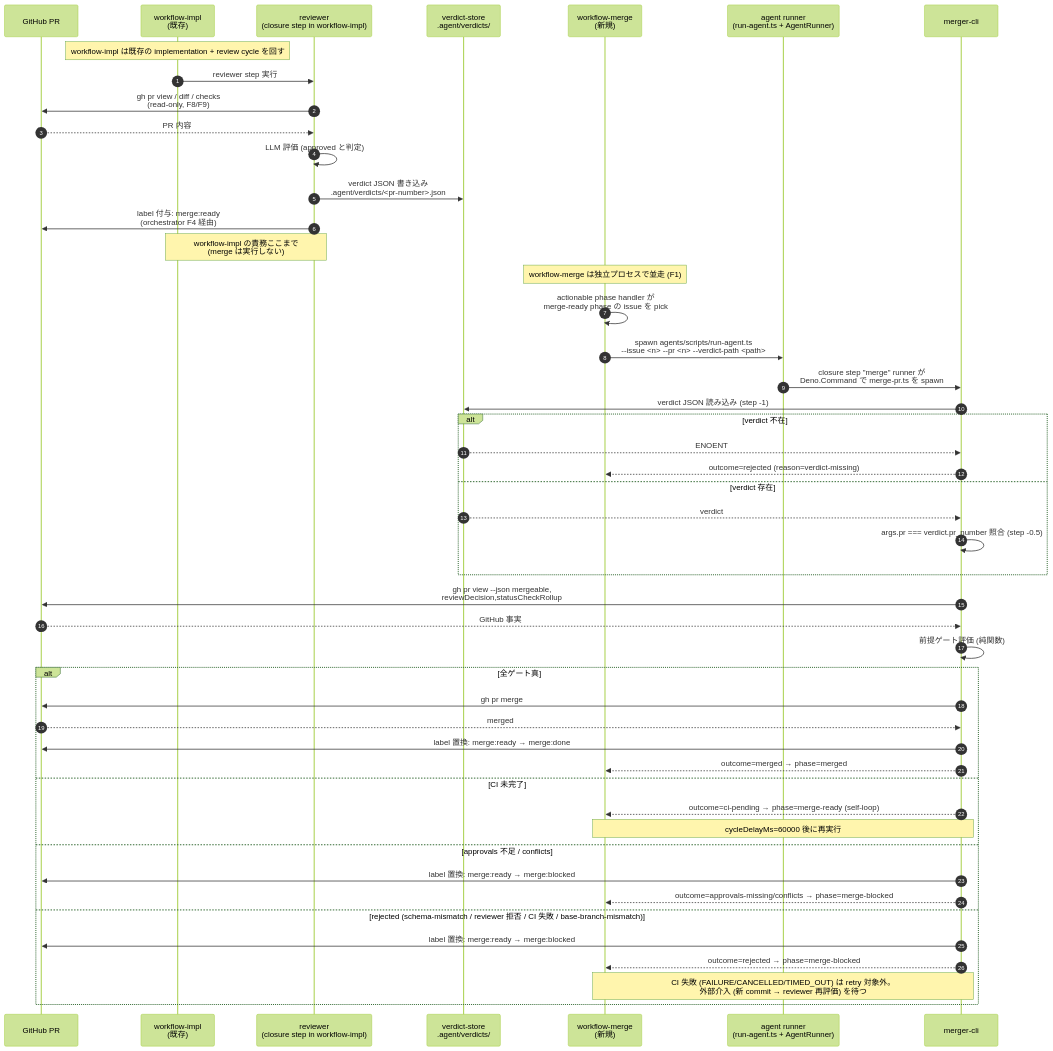
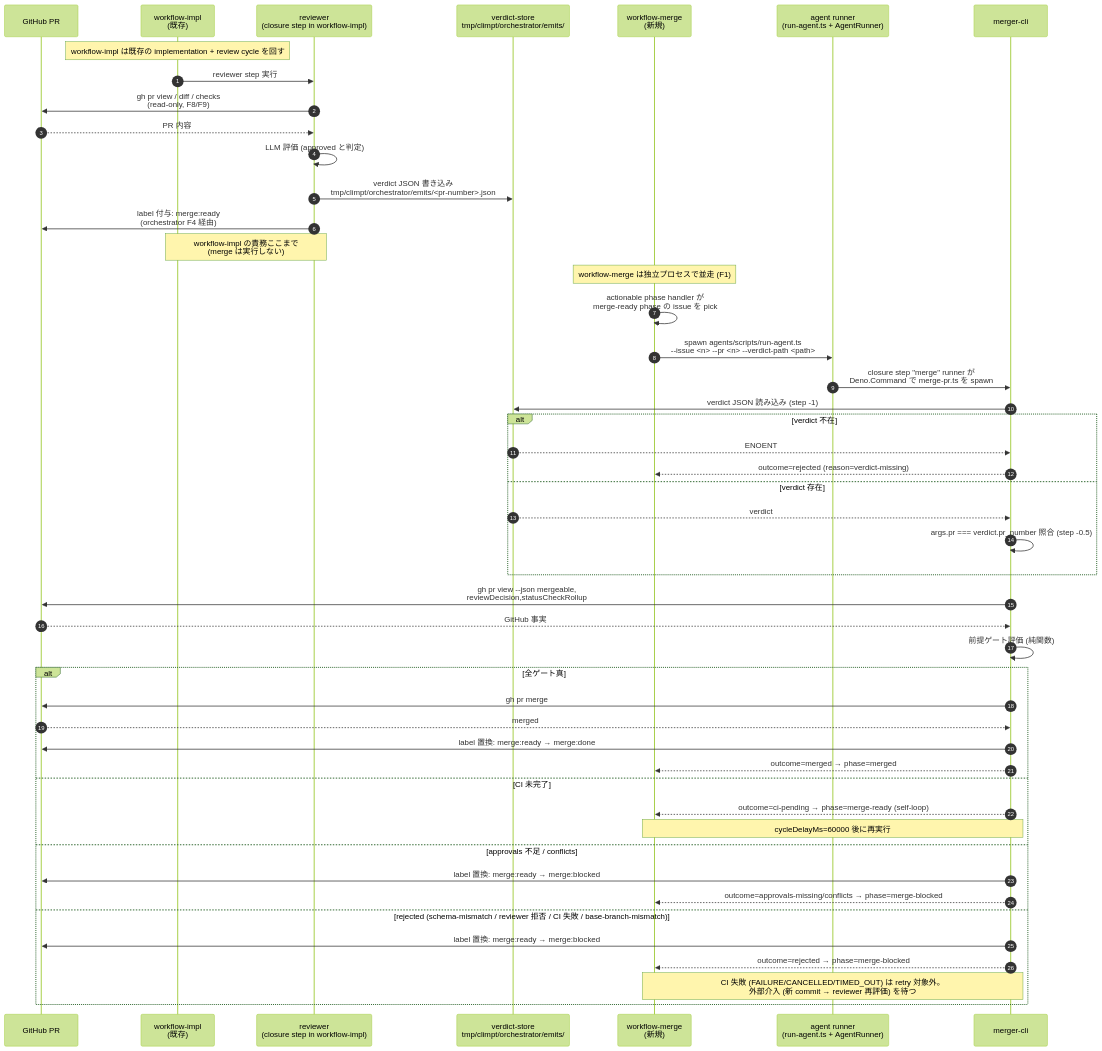
One commit to tettuan/climpt changed the second of 3 diagrams in docs/internal/pr-merger-design/04-state-machine.md. Above: the diagram before and after it, drawn with Mermaid (forest theme). The commit also changed other lines of this file and 35 other files, not shown here.

First line of the commit message:
feat(orchestrator): add declarative handoff pipeline for typed inter-agent artifacts

````diff
--- a/docs/internal/pr-merger-design/04-state-machine.md
+++ b/docs/internal/pr-merger-design/04-state-machine.md
@@ -84,53 +84,53 @@
 ```mermaid
 sequenceDiagram
     autonumber
     participant PR as GitHub PR
     participant WIMPL as workflow-impl<br/>(既存)
     participant REV as reviewer<br/>(closure step in workflow-impl)
-    participant VS as verdict-store<br/>.agent/verdicts/
+    participant VS as verdict-store<br/>tmp/climpt/orchestrator/emits/
     participant WMERGE as workflow-merge<br/>(新規)
     participant RUN as agent runner<br/>(run-agent.ts + AgentRunner)
     participant MCLI as merger-cli
 
     Note over WIMPL: workflow-impl は既存の implementation + review cycle を回す
     WIMPL->>REV: reviewer step 実行
     REV->>PR: gh pr view / diff / checks<br/>(read-only, F8/F9)
     PR-->>REV: PR 内容
     REV->>REV: LLM 評価 (approved と判定)
-    REV->>VS: verdict JSON 書き込み<br/>.agent/verdicts/<pr-number>.json
+    REV->>VS: verdict JSON 書き込み<br/>tmp/climpt/orchestrator/emits/<pr-number>.json
     REV->>PR: label 付与: merge:ready<br/>(orchestrator F4 経由)
     Note over REV,WIMPL: workflow-impl の責務ここまで<br/>(merge は実行しない)
 
     Note over WMERGE: workflow-merge は独立プロセスで並走 (F1)
     WMERGE->>WMERGE: actionable phase handler が<br/>merge-ready phase の issue を pick
     WMERGE->>RUN: spawn agents/scripts/run-agent.ts<br/>--issue <n> --pr <n> --verdict-path <path>
     RUN->>MCLI: closure step "merge" runner が<br/>Deno.Command で merge-pr.ts を spawn
     MCLI->>VS: verdict JSON 読み込み (step -1)
     alt verdict 不在
         VS-->>MCLI: ENOENT
         MCLI-->>WMERGE: outcome=rejected (reason=verdict-missing)
     else verdict 存在
         VS-->>MCLI: verdict
         MCLI->>MCLI: args.pr === verdict.pr_number 照合 (step -0.5)
     end
 
     MCLI->>PR: gh pr view --json mergeable,<br/>reviewDecision,statusCheckRollup
     PR-->>MCLI: GitHub 事実
     MCLI->>MCLI: 前提ゲート評価 (純関数)
     alt 全ゲート真
         MCLI->>PR: gh pr merge
         PR-->>MCLI: merged
         MCLI->>PR: label 置換: merge:ready → merge:done
         MCLI-->>WMERGE: outcome=merged → phase=merged
     else CI 未完了
         MCLI-->>WMERGE: outcome=ci-pending → phase=merge-ready (self-loop)
         Note over WMERGE,MCLI: cycleDelayMs=60000 後に再実行
     else approvals 不足 / conflicts
         MCLI->>PR: label 置換: merge:ready → merge:blocked
         MCLI-->>WMERGE: outcome=approvals-missing/conflicts → phase=merge-blocked
     else rejected (schema-mismatch / reviewer 拒否 / CI 失敗 / base-branch-mismatch)
         MCLI->>PR: label 置換: merge:ready → merge:blocked
         MCLI-->>WMERGE: outcome=rejected → phase=merge-blocked
         Note over MCLI,WMERGE: CI 失敗 (FAILURE/CANCELLED/TIMED_OUT) は retry 対象外。<br/>外部介入 (新 commit → reviewer 再評価) を待つ
     end
 ```
````
